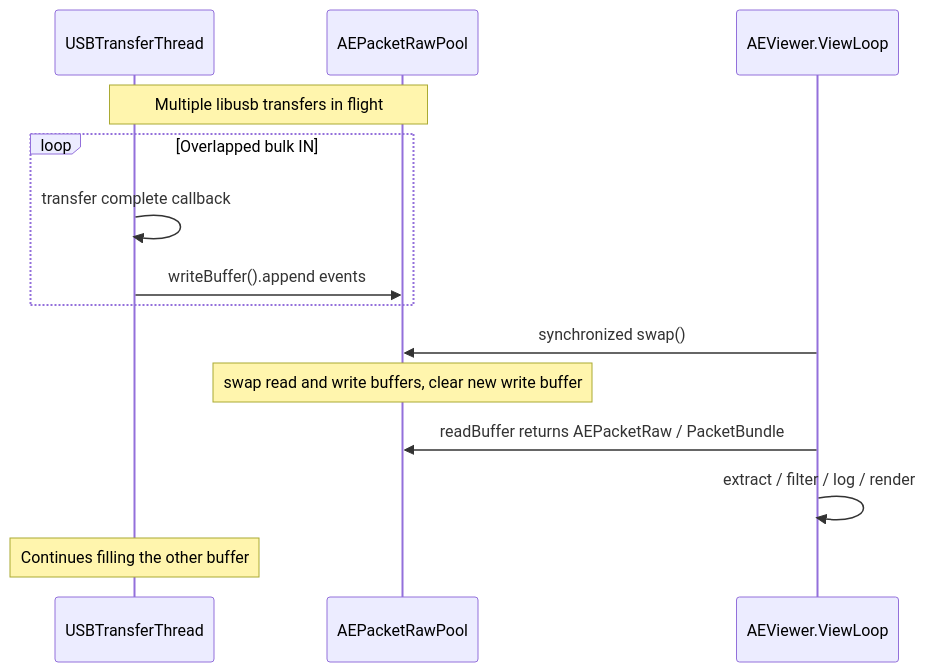
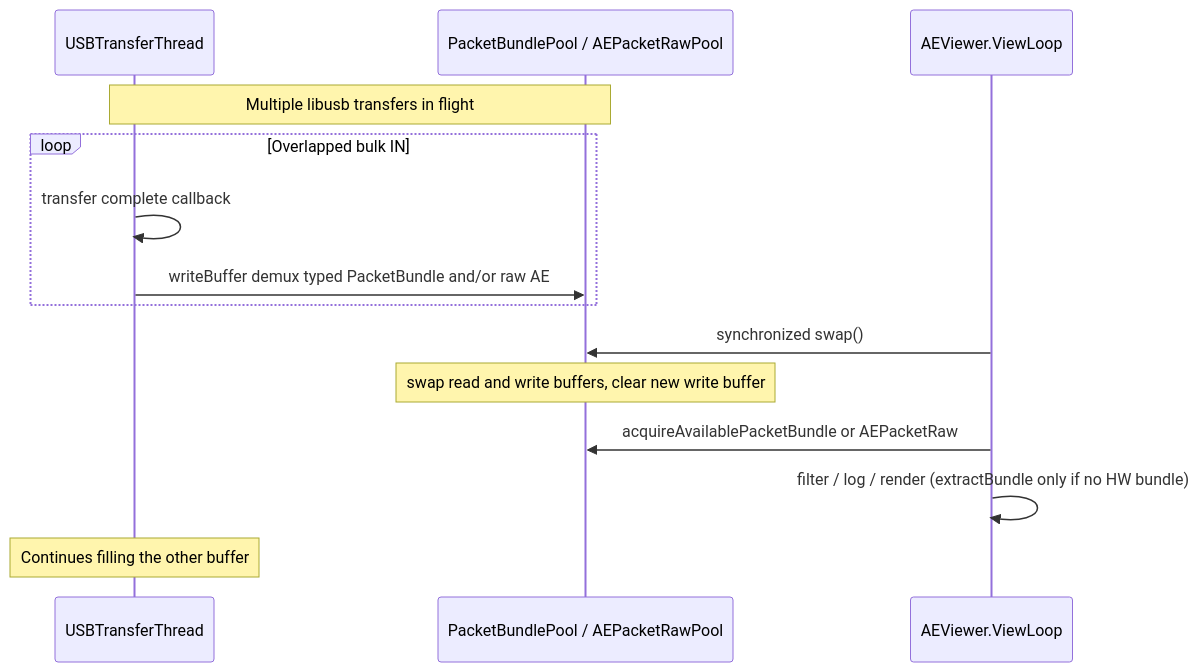
The second of 6 diagrams in docs/README-jaer3.md (SensorsINI/jaer), drawn with Mermaid before and after one commit. The commit also changed other lines of this file and 2 other files, not shown here.

First line of the commit message:
Document USB PacketBundle live path and legacy AE extract.

````diff
--- a/docs/README-jaer3.md
+++ b/docs/README-jaer3.md
@@ -60,18 +70,18 @@
 ```mermaid
 sequenceDiagram
   participant USB as USBTransferThread
-  participant Pool as AEPacketRawPool
+  participant Pool as PacketBundlePool / AEPacketRawPool
   participant VL as AEViewer.ViewLoop
 
   Note over USB,Pool: Multiple libusb transfers in flight
   loop Overlapped bulk IN
     USB->>USB: transfer complete callback
-    USB->>Pool: writeBuffer().append events
+    USB->>Pool: writeBuffer demux typed PacketBundle and/or raw AE
   end
 
   VL->>Pool: synchronized swap()
   Note over Pool: swap read and write buffers, clear new write buffer
-  VL->>Pool: readBuffer returns AEPacketRaw / PacketBundle
-  VL->>VL: extract / filter / log / render
+  VL->>Pool: acquireAvailablePacketBundle or AEPacketRaw
+  VL->>VL: filter / log / render (extractBundle only if no HW bundle)
   Note over USB: Continues filling the other buffer
 ```
````
